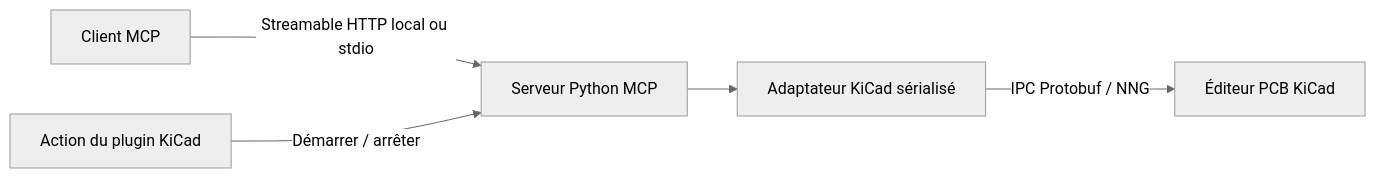
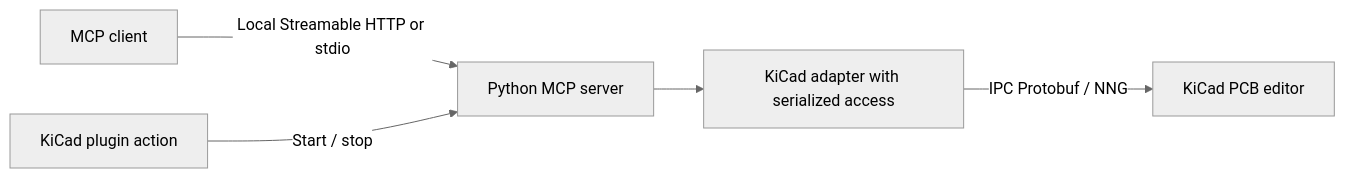
One commit to HackInvent/kicad-mcp changed the diagram in README.md. Above: the diagram before and after it, drawn with Mermaid (neutral theme). The commit also changed other lines of this file, not shown here.

````diff
--- a/README.md
+++ b/README.md
@@ -171,7 +171,7 @@
 ```mermaid
 flowchart LR
-    A[Client MCP] -->|Streamable HTTP local ou stdio| B[Serveur Python MCP]
-    B --> C[Adaptateur KiCad sérialisé]
-    C -->|IPC Protobuf / NNG| D[Éditeur PCB KiCad]
-    P[Action du plugin KiCad] -->|Démarrer / arrêter| B
+    A[MCP client] -->|Local Streamable HTTP or stdio| B[Python MCP server]
+    B --> C[KiCad adapter with serialized access]
+    C -->|IPC Protobuf / NNG| D[KiCad PCB editor]
+    P[KiCad plugin action] -->|Start / stop| B
 ```
````
